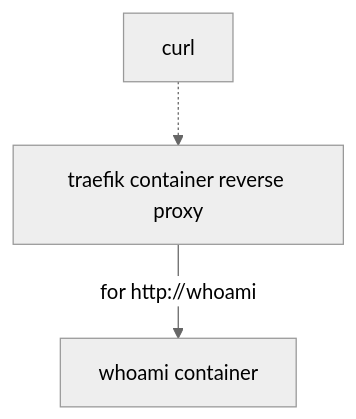
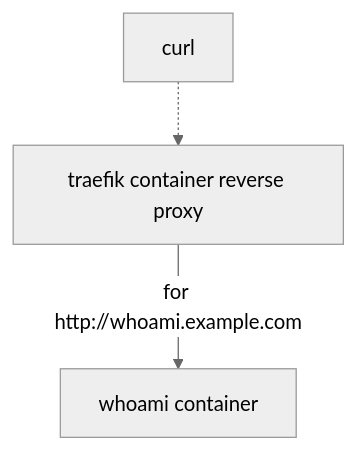
One commit to eriksjolund/podman-traefik-socket-activation changed the diagram in examples/example1/README.md. Above: the diagram before and after it, drawn with Mermaid (neutral theme). The commit also changed other lines of this file and 1 other file, not shown here.

First line of the commit message:
example1: use whoami.example.com and add label

````diff
--- a/examples/example1/README.md
+++ b/examples/example1/README.md
@@ -5,6 +5,6 @@
 ``` mermaid
 graph TB
 
     a1[curl] -.->a2[traefik container reverse proxy]
-    a2 -->|"for http&colon;//whoami"| a3["whoami container"]
+    a2 -->|"for http&colon;//whoami.example.com"| a3["whoami container"]
 ```
````
